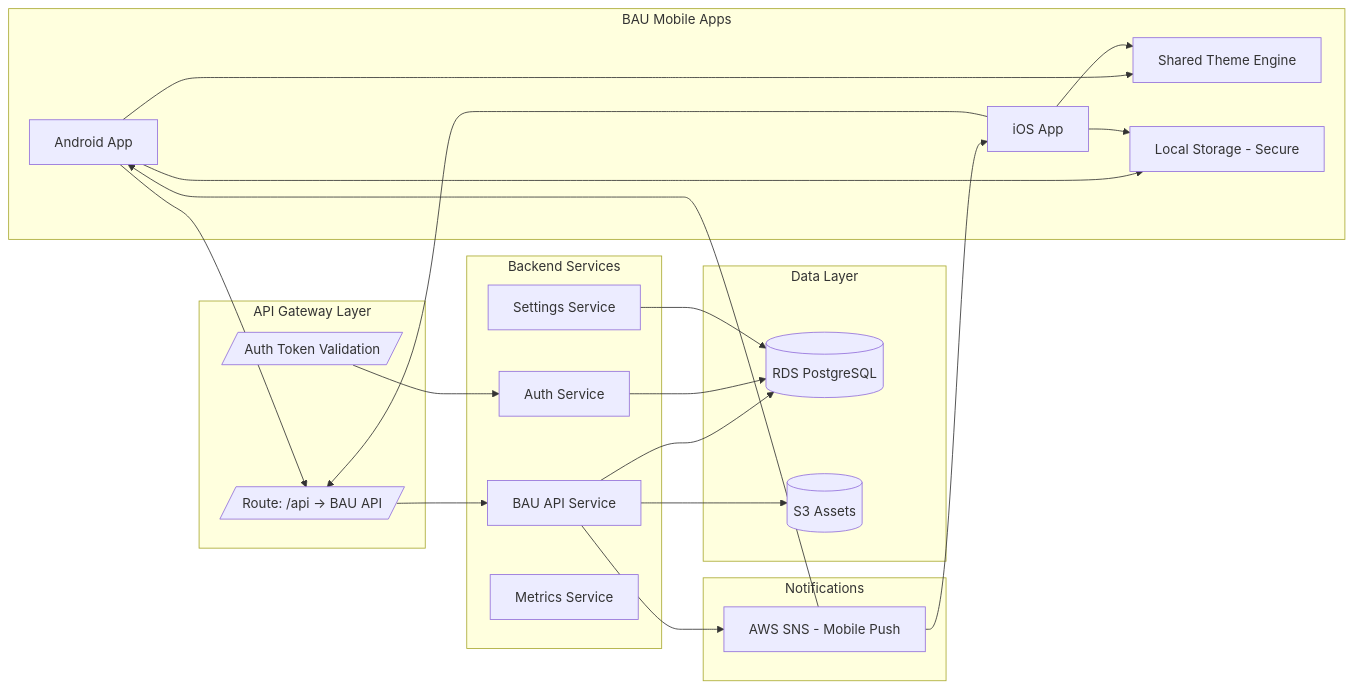
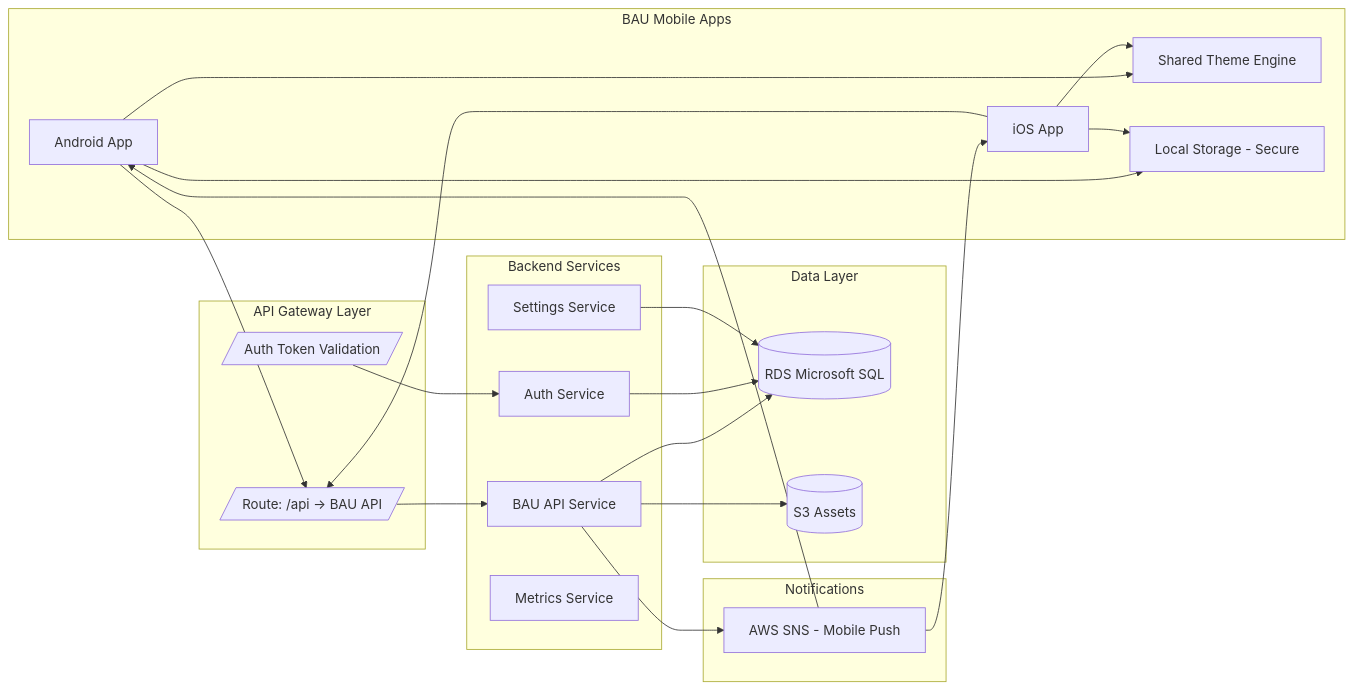
Diagram 23 of 23 in docs/MICROSERVICEARCHITECTUREOVERVIEW.md (cruckman900/BusinessAsUsual), drawn with Mermaid before and after one commit. The commit also changed other lines of this file, not shown here.

Commit message:
updated doc to show MVC/Blazor and Microsoft SQL

````diff
--- a/docs/MICROSERVICEARCHITECTUREOVERVIEW.md
+++ b/docs/MICROSERVICEARCHITECTUREOVERVIEW.md
@@ -2543,53 +2543,53 @@
 ```mermaid
 flowchart LR
 
     subgraph Mobile["BAU Mobile Apps"]
         M1[Android App]
         M2[iOS App]
         M3[Shared Theme Engine]
         M4[Local Storage - Secure]
     end
 
     subgraph Gateway["API Gateway Layer"]
         G1[/Route: /api → BAU API/]
         G2[/Auth Token Validation/]
     end
 
     subgraph API["Backend Services"]
         A1[BAU API Service]
         A2[Auth Service]
         A3[Settings Service]
         A4[Metrics Service]
     end
 
     subgraph Data["Data Layer"]
-        D1[(RDS PostgreSQL)]
+        D1[(RDS Microsoft SQL)]
         D2[(S3 Assets)]
     end
 
     subgraph Push["Notifications"]
         P1[AWS SNS - Mobile Push]
     end
 
     M1 --> G1
     M2 --> G1
 
     M1 --> M3
     M2 --> M3
 
     M1 --> M4
     M2 --> M4
 
     G1 --> A1
     G2 --> A2
 
     A1 --> D1
     A2 --> D1
     A3 --> D1
 
     A1 --> D2
 
     A1 --> P1
     P1 --> M1
     P1 --> M2
 ```
````
